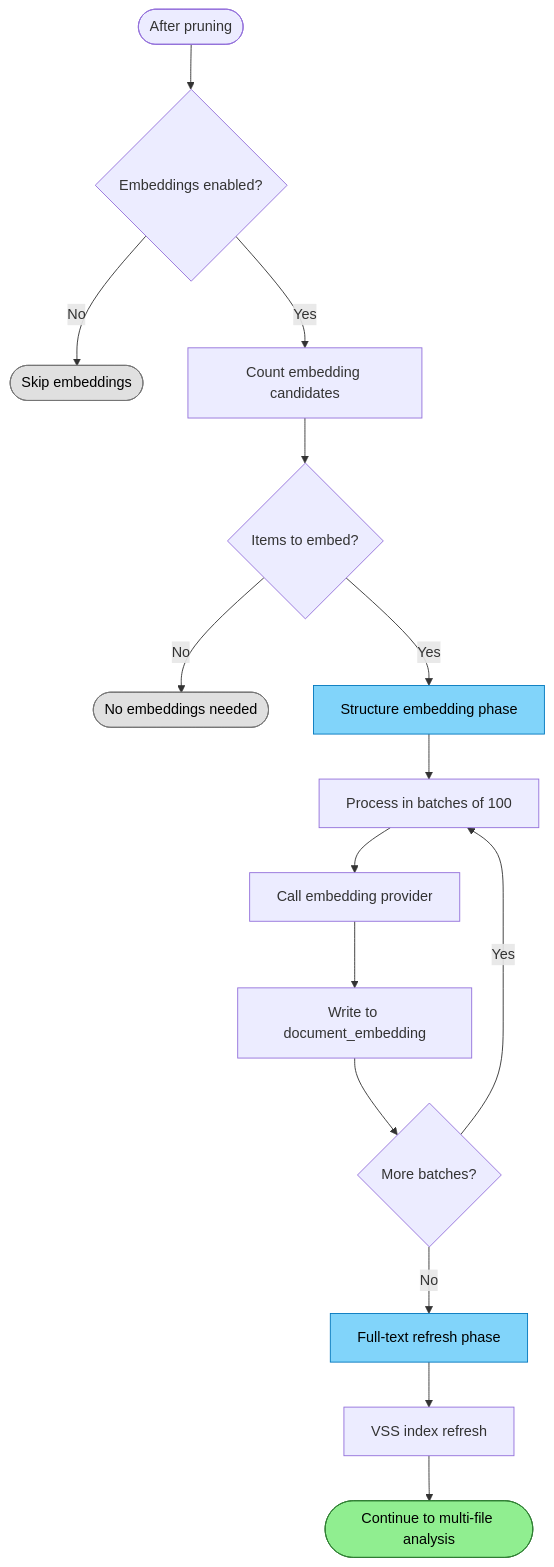
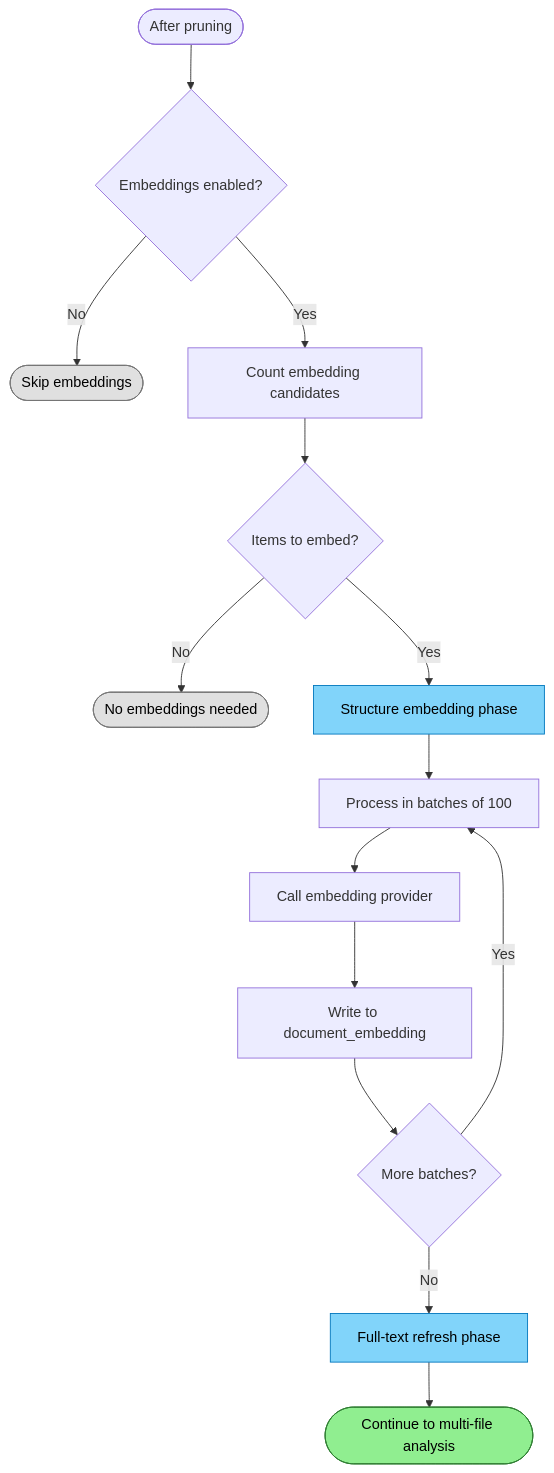
The diagram in docs/flows/current/indexing/embedding-generation.md (RepoQL/RepoQL), drawn with Mermaid before and after one commit. The commit also changed other lines of this file and 43 other files, not shown here.

````diff
--- a/docs/flows/current/indexing/embedding-generation.md
+++ b/docs/flows/current/indexing/embedding-generation.md
@@ -164,29 +160,28 @@
 ```mermaid
 flowchart TD
     Start([After pruning]) --> ModeCheck{Embeddings enabled?}
 
     ModeCheck -->|No| Skip([Skip embeddings]):::skip
     ModeCheck -->|Yes| Count[Count embedding candidates]
 
     Count --> HasWork{Items to embed?}
     HasWork -->|No| Done([No embeddings needed]):::skip
     HasWork -->|Yes| Structure[Structure embedding phase]:::info
 
     Structure --> Batch[Process in batches of 100]
     Batch --> Provider[Call embedding provider]
     Provider --> Write[Write to document_embedding]
 
     Write --> MoreBatches{More batches?}
     MoreBatches -->|Yes| Batch
     MoreBatches -->|No| FullText[Full-text refresh phase]:::info
 
-    FullText --> VSS[VSS index refresh]
-    VSS --> Continue([Continue to multi-file analysis]):::success
+    FullText --> Continue([Continue to multi-file analysis]):::success
 
     classDef success fill:#90EE90,stroke:#2E7D32,color:#000
     classDef info fill:#81D4FA,stroke:#0277BD,color:#000
     classDef skip fill:#E0E0E0,stroke:#757575,color:#000
 
     %% MEANING: Embedding generation with batch loop and sequential phases
     %% GOTCHA: Structure embeddings include read-only imports; full-text may not
 ```
````
